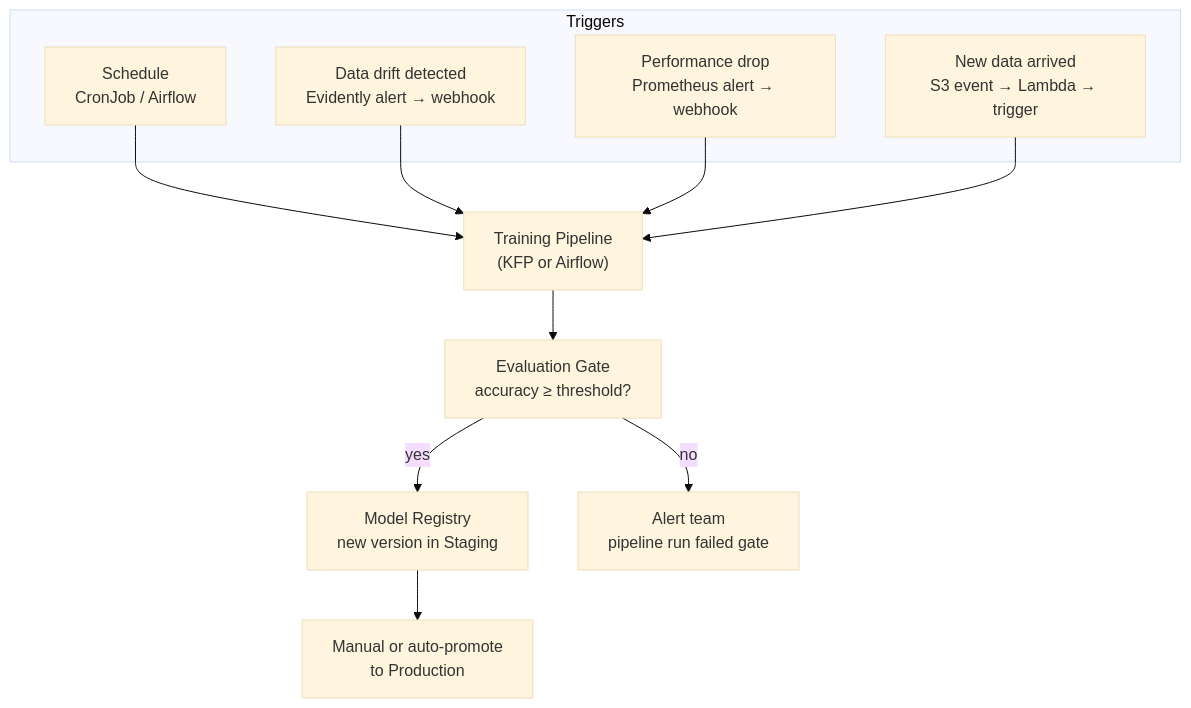
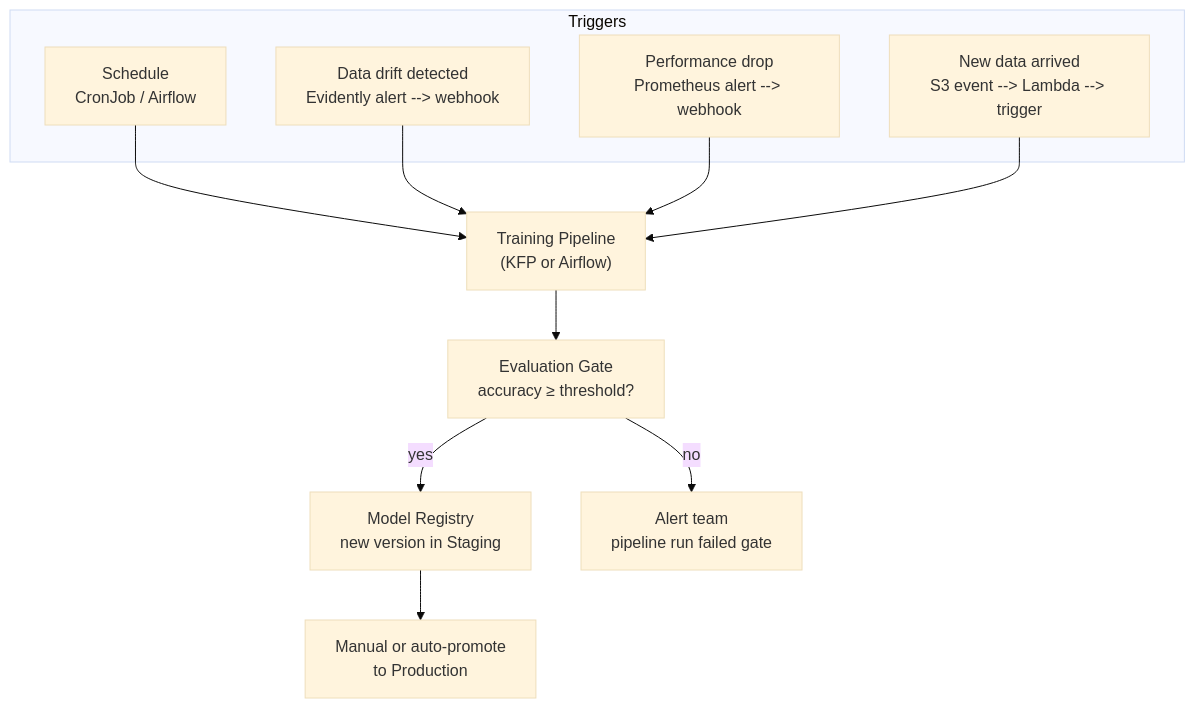
One commit to deepanshu-rawat6/tour-of-go changed the second of 2 diagrams in devops/mlops/training-pipelines.md. Above: the diagram before and after it, drawn with Mermaid (base theme). The commit also changed 25 other files, not shown here.

````diff
--- a/devops/mlops/training-pipelines.md
+++ b/devops/mlops/training-pipelines.md
@@ -243,15 +243,15 @@
 ```mermaid
 graph TD
     subgraph Triggers
         SCHED["Schedule<br>CronJob / Airflow"]
-        DRIFT["Data drift detected<br>Evidently alert → webhook"]
-        PERF["Performance drop<br>Prometheus alert → webhook"]
-        DATA["New data arrived<br>S3 event → Lambda → trigger"]
+        DRIFT["Data drift detected<br>Evidently alert --> webhook"]
+        PERF["Performance drop<br>Prometheus alert --> webhook"]
+        DATA["New data arrived<br>S3 event --> Lambda --> trigger"]
     end
 
     SCHED & DRIFT & PERF & DATA --> PIPE["Training Pipeline<br>(KFP or Airflow)"]
     PIPE --> GATE["Evaluation Gate<br>accuracy ≥ threshold?"]
     GATE -->|yes| REG["Model Registry<br>new version in Staging"]
     GATE -->|no| ALERT["Alert team<br>pipeline run failed gate"]
     REG --> PROMO["Manual or auto-promote<br>to Production"]
 ```
````
